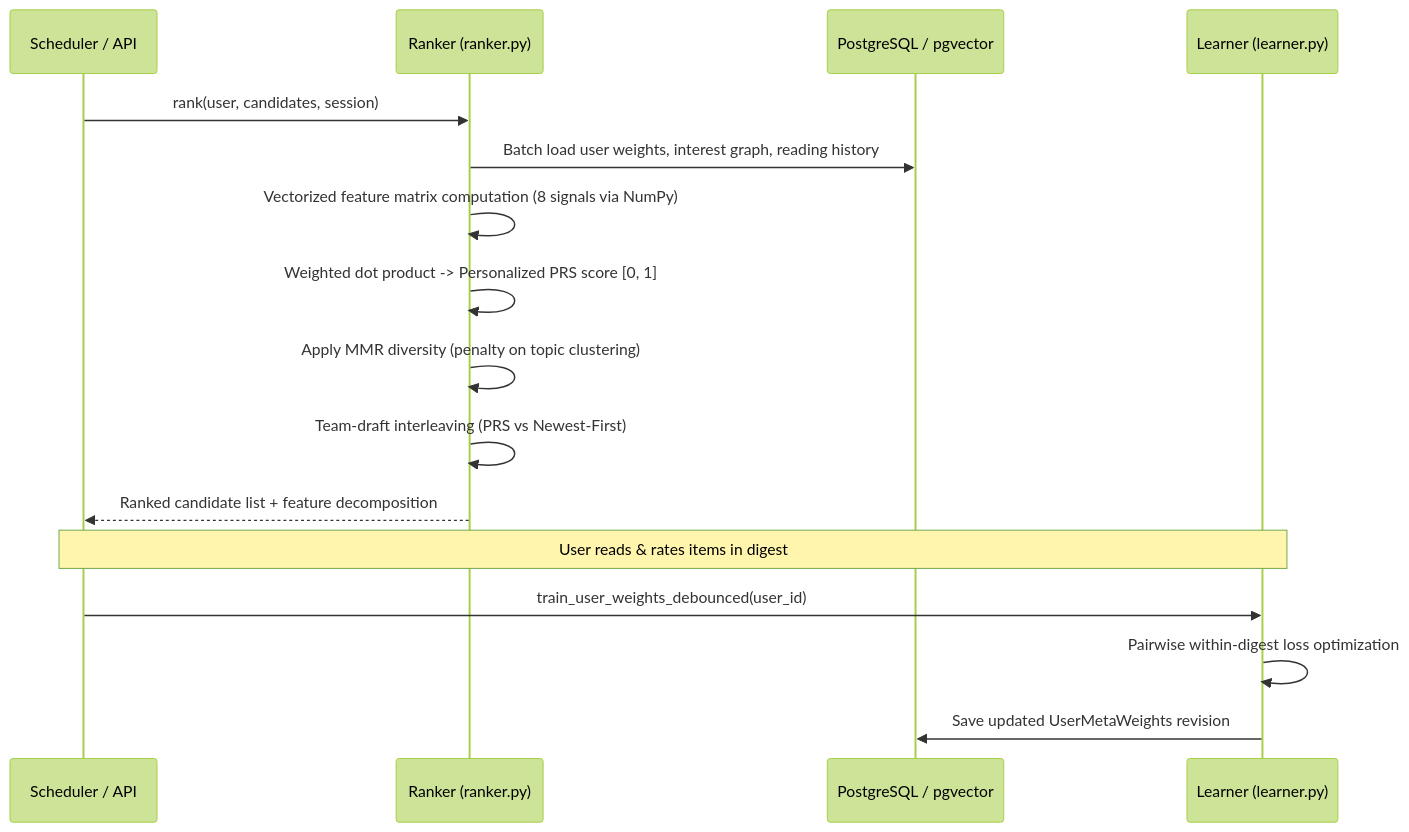
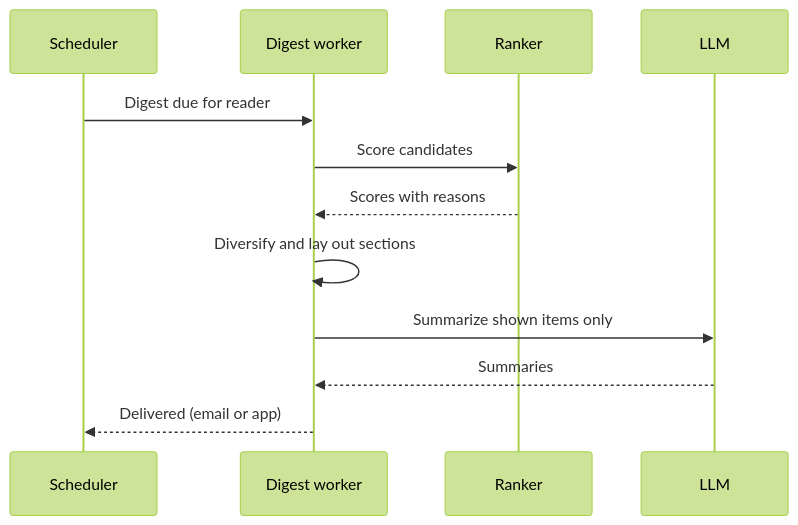
One commit to mohitmishra786/readprism changed the third of 4 diagrams in docs/ARCHITECTURE.md. Above: the diagram before and after it, drawn with Mermaid (forest theme). The commit also changed other lines of this file and 17 other files, not shown here.

First line of the commit message:
Docs: readable site with diagrams that render

````diff
--- a/docs/ARCHITECTURE.md
+++ b/docs/ARCHITECTURE.md
@@ -86,19 +81,18 @@
 ```mermaid
 sequenceDiagram
-    participant S as Scheduler / API
-    participant R as Ranker (ranker.py)
-    participant PG as PostgreSQL / pgvector
-    participant L as Learner (learner.py)
+    accTitle: Digest build
+    accDescr: The scheduler asks the digest worker for a digest, the ranker scores candidates, the builder lays out sections, and summaries are written only for the items shown.
 
-    S->>R: rank(user, candidates, session)
-    R->>PG: Batch load user weights, interest graph, reading history
-    R->>R: Vectorized feature matrix computation (8 signals via NumPy)
-    R->>R: Weighted dot product -> Personalized PRS score [0, 1]
-    R->>R: Apply MMR diversity (penalty on topic clustering)
-    R->>R: Team-draft interleaving (PRS vs Newest-First)
-    R-->>S: Ranked candidate list + feature decomposition
-    Note over S,L: User reads & rates items in digest
-    S->>L: train_user_weights_debounced(user_id)
-    L->>L: Pairwise within-digest loss optimization
-    L->>PG: Save updated UserMetaWeights revision
+    participant B as Scheduler
+    participant W as Digest worker
+    participant R as Ranker
+    participant L as LLM
+
+    B->>W: Digest due for reader
+    W->>R: Score candidates
+    R-->>W: Scores with reasons
+    W->>W: Diversify and lay out sections
+    W->>L: Summarize shown items only
+    L-->>W: Summaries
+    W-->>B: Delivered (email or app)
 ```
````
